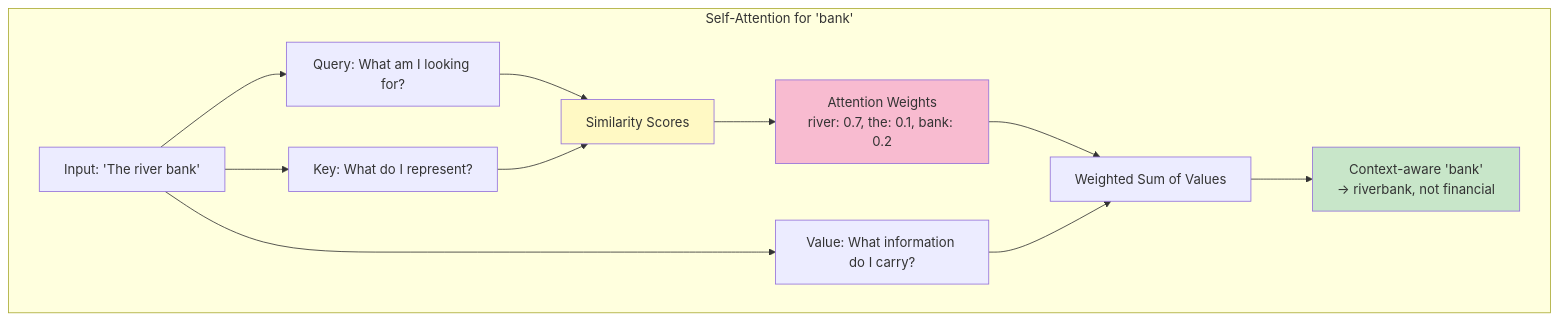
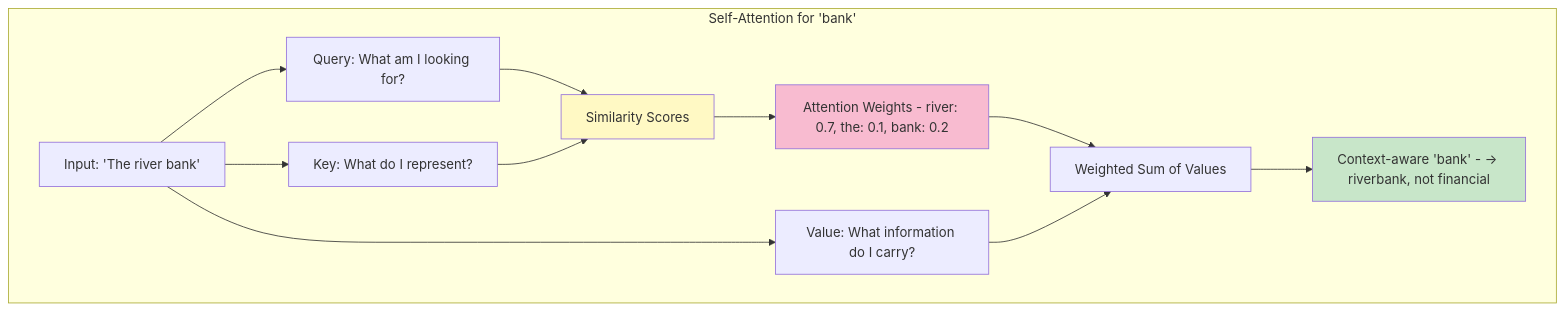
One commit to indhra/llm_rag_sec_findings changed the fourth of 9 diagrams in docs/learning/01-llm-fundamentals.md. Above: the diagram before and after it, drawn with Mermaid. The commit also changed other lines of this file and 9 other files, not shown here.

````diff
--- a/docs/learning/01-llm-fundamentals.md
+++ b/docs/learning/01-llm-fundamentals.md
@@ -134,19 +134,19 @@
 ```mermaid
 graph TD
     subgraph "Self-Attention for 'bank'"
         W1[Input: 'The river bank'] --> Q[Query: What am I looking for?]
         W1 --> K[Key: What do I represent?]
         W1 --> V[Value: What information do I carry?]
         
         Q --> S[Similarity Scores]
         K --> S
-        S --> A[Attention Weights<br/>river: 0.7, the: 0.1, bank: 0.2]
+        S --> A[Attention Weights - river: 0.7, the: 0.1, bank: 0.2]
         A --> O[Weighted Sum of Values]
         V --> O
-        O --> OUT[Context-aware 'bank'<br/>→ riverbank, not financial]
+        O --> OUT[Context-aware 'bank' - → riverbank, not financial]
     end
     
     style S fill:#fff9c4
     style A fill:#f8bbd0
     style OUT fill:#c8e6c9
 ```
````
